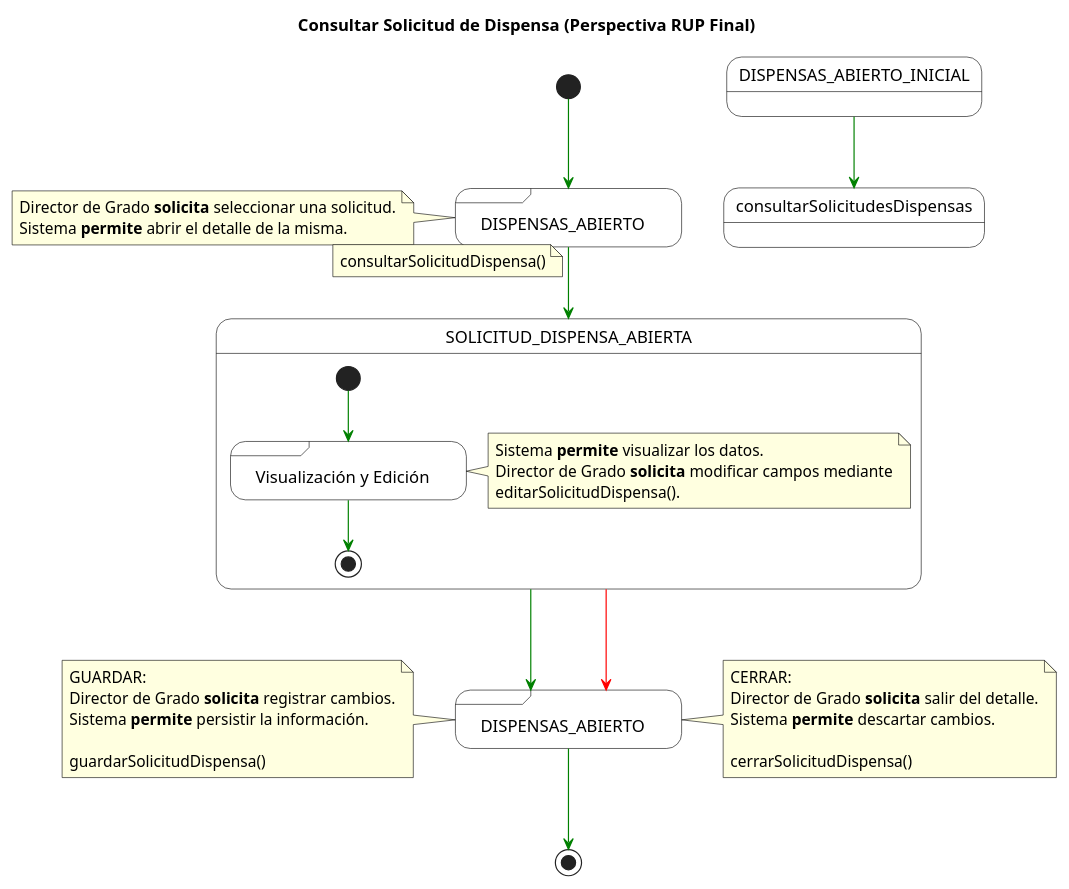
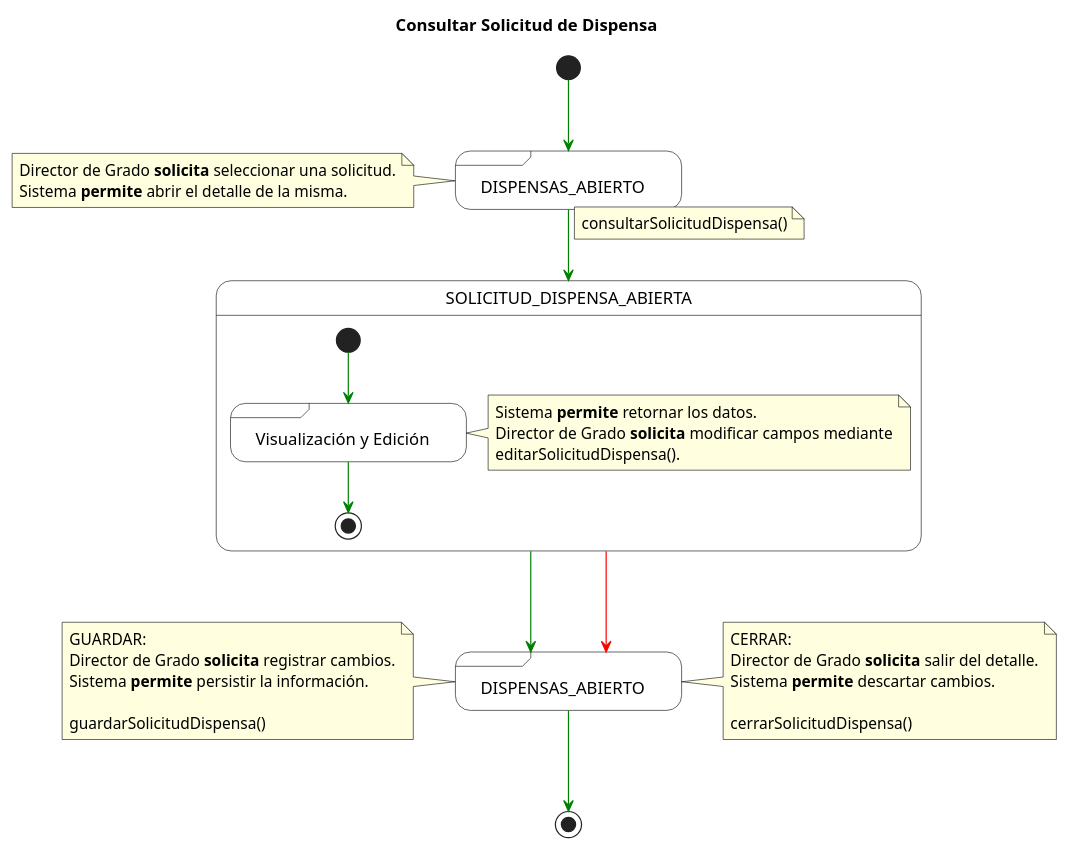
One commit to enmabry/25-26-IdSw1-SdR changed the diagram in documents/CasosDeUso/DetalladoCasosDeUso/DirectorDeGrado/consultarSolicitudDispensa.puml. Above: the diagram before and after it, drawn with PlantUML. The commit also changed 44 other files, not shown here.

```diff
--- a/documents/CasosDeUso/DetalladoCasosDeUso/DirectorDeGrado/consultarSolicitudDispensa.puml
+++ b/documents/CasosDeUso/DetalladoCasosDeUso/DirectorDeGrado/consultarSolicitudDispensa.puml
@@ -1,63 +1,60 @@
 @startuml
-title Consultar Solicitud de Dispensa (Perspectiva RUP Final)
+title Consultar Solicitud de Dispensa 
 
 skinparam {
     StateBackgroundColor white
     StateBorderColor black
     NoteBackgroundColor lightyellow
     NoteBorderColor black
     ArrowColor green
     linetype ortho
 }
-
-DISPENSAS_ABIERTO_INICIAL -[#green]-> consultarSolicitudesDispensas
 
 state "DISPENSAS_ABIERTO" as startState <<sdlreceive>>
 state "DISPENSAS_ABIERTO" as endState <<sdlreceive>>
 
 [*] -[#green]-> startState
 
 note left of startState
     Director de Grado <b>solicita</b> seleccionar una solicitud.
     Sistema <b>permite</b> abrir el detalle de la misma.
 end note
 
 startState -[#green]-> SOLICITUD_DISPENSA_ABIERTA
 note on link
     consultarSolicitudDispensa()
 end note
 
 state SOLICITUD_DISPENSA_ABIERTA {
     [*] -[#green]-> VisualizacionYEdicion
     
     state "Visualización y Edición" as VisualizacionYEdicion <<sdlreceive>>
     note right of VisualizacionYEdicion
-        Sistema <b>permite</b> visualizar los datos.
+        Sistema <b>permite</b> retornar los datos.
         Director de Grado <b>solicita</b> modificar campos mediante
         editarSolicitudDispensa().
     end note
     
     VisualizacionYEdicion -[#green]-> [*]
 }
 
 SOLICITUD_DISPENSA_ABIERTA -[#green]down-> endState
 note left of endState
     GUARDAR:
     Director de Grado <b>solicita</b> registrar cambios.
     Sistema <b>permite</b> persistir la información.
     
     guardarSolicitudDispensa()
 end note
 
 SOLICITUD_DISPENSA_ABIERTA -[#red]down-> endState
 note right of endState
     CERRAR:
     Director de Grado <b>solicita</b> salir del detalle.
     Sistema <b>permite</b> descartar cambios.
     
     cerrarSolicitudDispensa()
 end note
 
 endState -[#green]-> [*]
-
 @enduml
```
